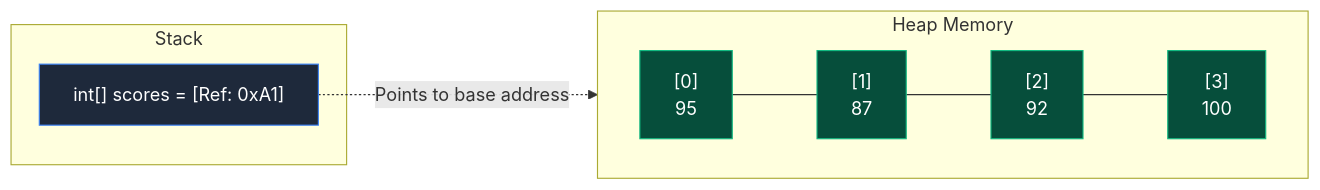
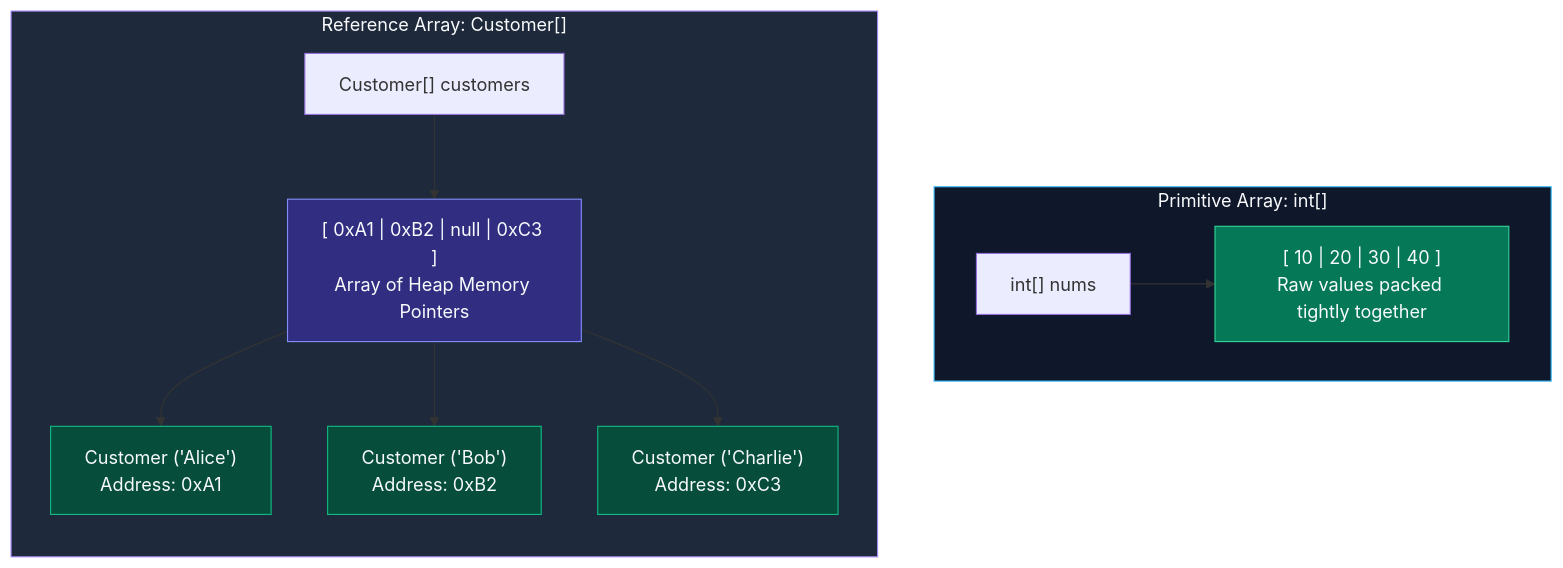
Before and after one commit to ravishankar2463/java_hub: the second of 3 diagrams in content/roadmap/level-0/arrays-2d-matrices.md, drawn with Mermaid. The commit also changed other lines of this file, not shown here.

````diff
--- a/content/roadmap/level-0/arrays-2d-matrices.md
+++ b/content/roadmap/level-0/arrays-2d-matrices.md
@@ -16,22 +128,23 @@
 ```mermaid
-flowchart LR
-    subgraph Stack
-        Ref["int[] scores = [Ref: 0xA1]"]
+flowchart TD
+    subgraph PrimCase ["Primitive Array: int[]"]
+        direction LR
+        P_Ref["int[] nums"] --> P_Heap["[ 10 | 20 | 30 | 40 ]<br/>Raw values packed tightly together"]
     end
 
-    subgraph Heap Memory
-        direction LR
-        A["[0]<br/>95"]
-        B["[1]<br/>87"]
-        C["[2]<br/>92"]
-        D["[3]<br/>100"]
-        A --- B --- C --- D
+    subgraph RefCase ["Reference Array: Customer[]"]
+        direction TB
+        R_Ref["Customer[] customers"] --> R_Pointers["[ 0xA1 | 0xB2 | null | 0xC3 ]<br/>Array of Heap Memory Pointers"]
+        R_Pointers --> ObjA["Customer ('Alice')<br/>Address: 0xA1"]
+        R_Pointers --> ObjB["Customer ('Bob')<br/>Address: 0xB2"]
+        R_Pointers --> ObjC["Customer ('Charlie')<br/>Address: 0xC3"]
     end
 
-    Ref -.->|Points to base address| A
-    style Ref fill:#1e293b,stroke:#3b82f6,color:#fff
-    style A fill:#064e3b,stroke:#10b981,color:#fff
-    style B fill:#064e3b,stroke:#10b981,color:#fff
-    style C fill:#064e3b,stroke:#10b981,color:#fff
-    style D fill:#064e3b,stroke:#10b981,color:#fff
+    style PrimCase fill:#0f172a,stroke:#38bdf8,color:#f8fafc
+    style RefCase fill:#1e293b,stroke:#a78bfa,color:#f8fafc
+    style P_Heap fill:#047857,stroke:#34d399,color:#f8fafc
+    style R_Pointers fill:#312e81,stroke:#818cf8,color:#f8fafc
+    style ObjA fill:#064e3b,stroke:#10b981,color:#f8fafc
+    style ObjB fill:#064e3b,stroke:#10b981,color:#f8fafc
+    style ObjC fill:#064e3b,stroke:#10b981,color:#f8fafc
 ```
````
